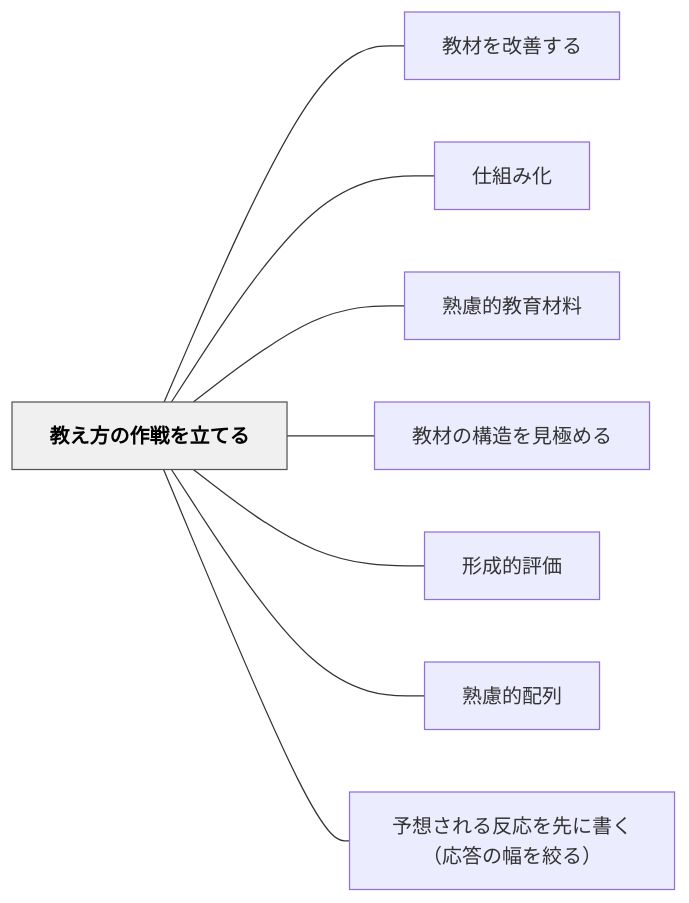
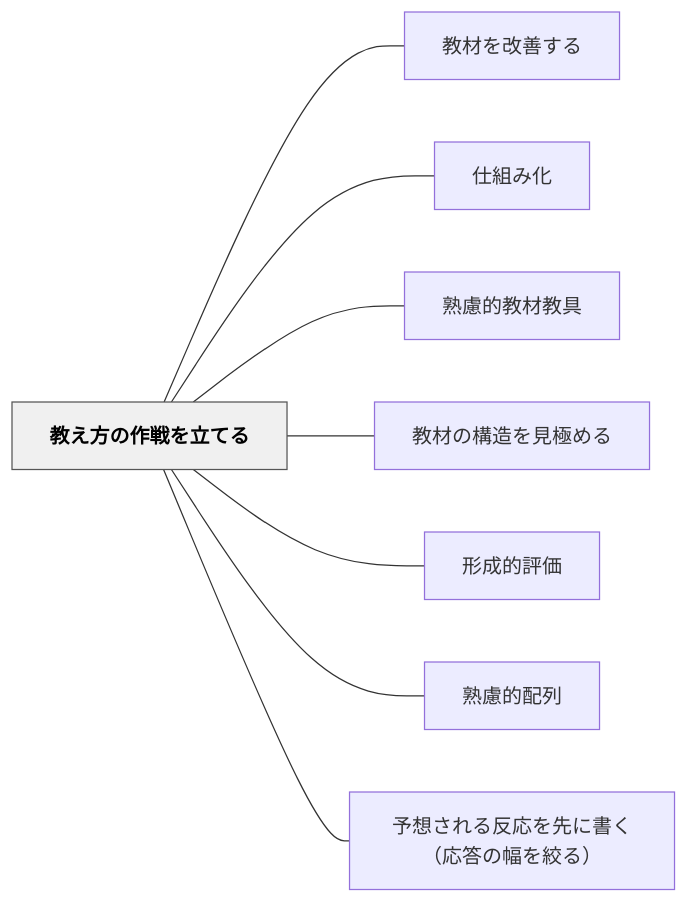
One commit to unknownthings-ed-patterns/unknownthings-ed-patterns changed the diagram in content/パタン/教え方の作戦を立てる.md. Above: the diagram before and after it, drawn with Mermaid. The commit also changed other lines of this file and 72 other files, not shown here.

````diff
--- a/content/パタン/教え方の作戦を立てる.md
+++ b/content/パタン/教え方の作戦を立てる.md
@@ -48,22 +48,22 @@
 ```mermaid
 flowchart LR
     ne69599e38188e696b9e381aee4bd9ce688a6e38292e7ab8be381a6e3828b["教え方の作戦を立てる"]
     ne69599e69d90e38292e694b9e59684e38199e3828b["教材を改善する"]
     ne4bb95e7b584e381bfe58c96["仕組み化"]
-    ne7869fe685aee79a84e69599e882b2e69d90e69699["熟慮的教育材料"]
+    ne7869fe685aee79a84e69599e69d90e69599e585b7["熟慮的教材教具"]
     ne69599e69d90e381aee6a78be980a0e38292e8a68be6a5b5e38281e3828b["教材の構造を見極める"]
     ne5bda2e68890e79a84e8a995e4bea1["形成的評価"]
     ne7869fe685aee79a84e9858de58897["熟慮的配列"]
     ne4ba88e683b3e38195e3828ce3828be58f8de5bf9ce38292e58588e381abe69bb8e3818fefbc88e5bf9ce7ad94e381aee5b985e38292e7b59ee3828befbc89["予想される反応を先に書く（応答の幅を絞る）"]
 
     ne69599e38188e696b9e381aee4bd9ce688a6e38292e7ab8be381a6e3828b --- ne69599e69d90e38292e694b9e59684e38199e3828b
     ne69599e38188e696b9e381aee4bd9ce688a6e38292e7ab8be381a6e3828b --- ne4bb95e7b584e381bfe58c96
-    ne69599e38188e696b9e381aee4bd9ce688a6e38292e7ab8be381a6e3828b --- ne7869fe685aee79a84e69599e882b2e69d90e69699
+    ne69599e38188e696b9e381aee4bd9ce688a6e38292e7ab8be381a6e3828b --- ne7869fe685aee79a84e69599e69d90e69599e585b7
     ne69599e38188e696b9e381aee4bd9ce688a6e38292e7ab8be381a6e3828b --- ne69599e69d90e381aee6a78be980a0e38292e8a68be6a5b5e38281e3828b
     ne69599e38188e696b9e381aee4bd9ce688a6e38292e7ab8be381a6e3828b --- ne5bda2e68890e79a84e8a995e4bea1
     ne69599e38188e696b9e381aee4bd9ce688a6e38292e7ab8be381a6e3828b --- ne7869fe685aee79a84e9858de58897
     ne69599e38188e696b9e381aee4bd9ce688a6e38292e7ab8be381a6e3828b --- ne4ba88e683b3e38195e3828ce3828be58f8de5bf9ce38292e58588e381abe69bb8e3818fefbc88e5bf9ce7ad94e381aee5b985e38292e7b59ee3828befbc89
 
     classDef hub fill:#f0f0f0,stroke:#555,color:#000,font-weight:bold
     class ne69599e38188e696b9e381aee4bd9ce688a6e38292e7ab8be381a6e3828b hub
 ```
````
